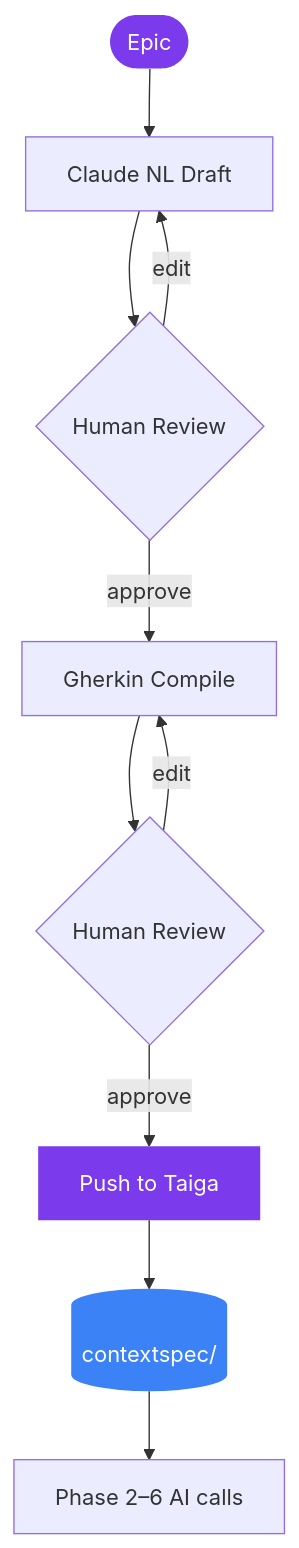
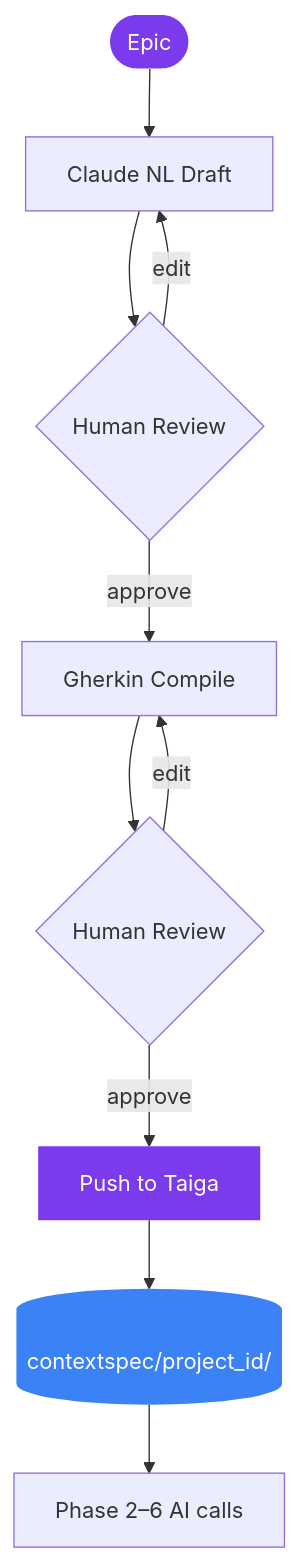
Before and after one commit to thomastabs/bolt-cli: the diagram in README.md, drawn with Mermaid. The commit also changed other lines of this file, not shown here.

Commit message:
Update README: Apex branding, fixed diagram, Azure deployment section

````diff
--- a/README.md
+++ b/README.md
@@ -11,16 +10,16 @@
 ```mermaid
 flowchart TD
     A([Epic]) --> B[Claude NL Draft]
     B --> C{Human Review}
     C -->|edit| B
     C -->|approve| D[Gherkin Compile]
     D --> E{Human Review}
     E -->|edit| D
     E -->|approve| F[Push to Taiga]
-    F --> G[(contextspec/)]
+    F --> G[(contextspec/project_id/)]
     G --> H[Phase 2–6 AI calls]
 
     style A fill:#7c3aed,color:#fff,stroke:none
     style F fill:#7c3aed,color:#fff,stroke:none
     style G fill:#3b82f6,color:#fff,stroke:none
 ```
````
